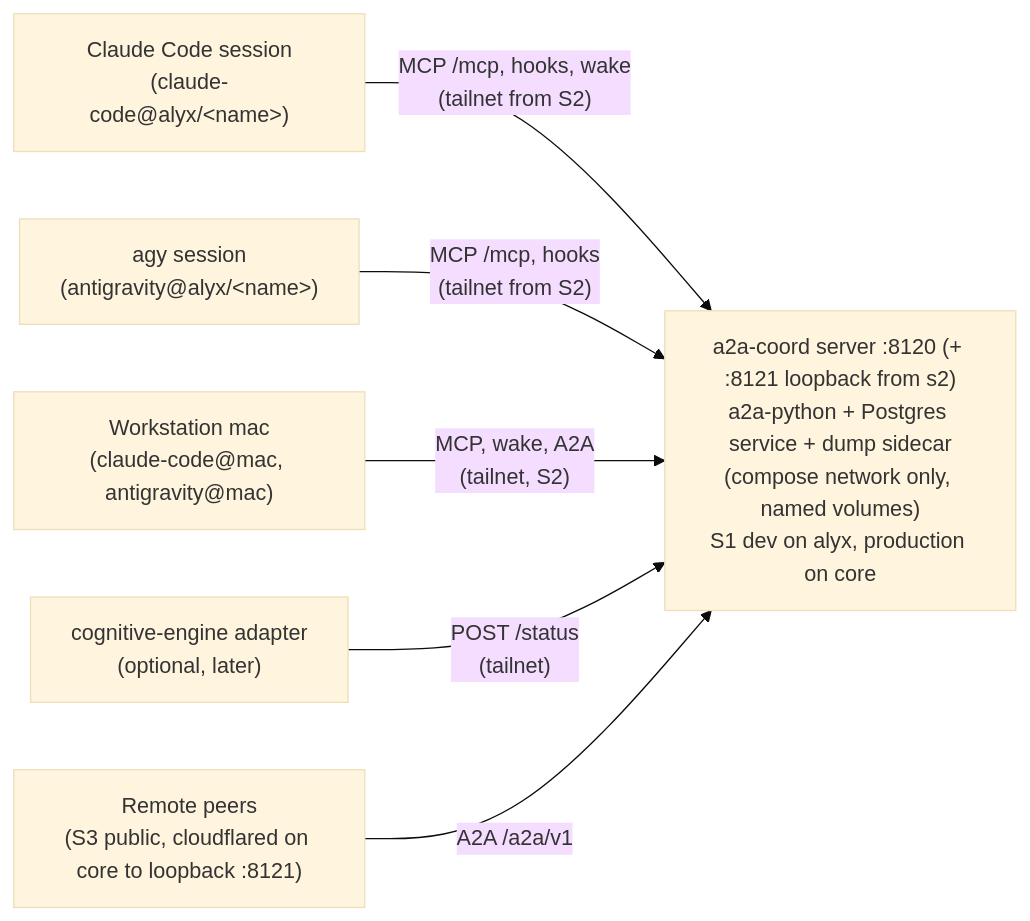
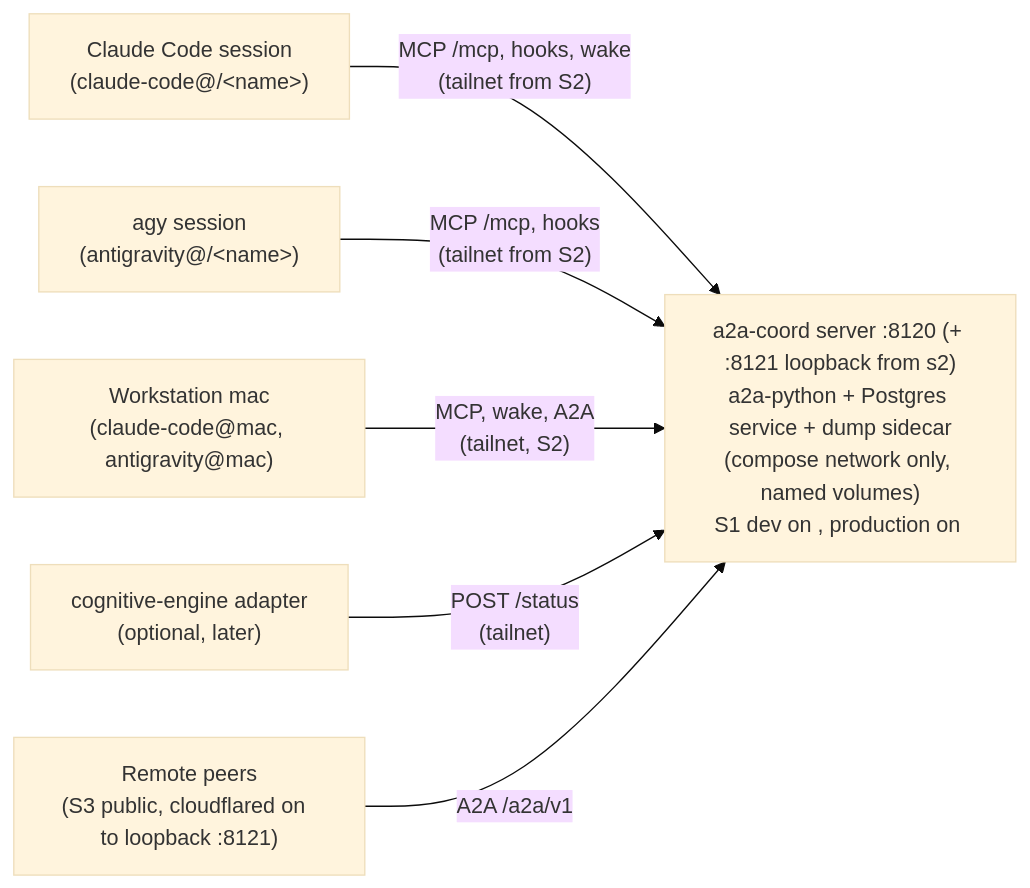
The first of 2 diagrams in plugins/coordination/docs/plans/consolidated-bridge-v2-plan.md (rockad/agentic-hub), drawn with Mermaid (base theme) before and after one commit. The commit also changed other lines of this file and 56 other files, not shown here.

````diff
--- a/plugins/coordination/docs/plans/consolidated-bridge-v2-plan.md
+++ b/plugins/coordination/docs/plans/consolidated-bridge-v2-plan.md
@@ -27,9 +27,9 @@
 ```mermaid
 flowchart LR
-    CC["Claude Code session<br/>(claude-code@alyx/&lt;name&gt;)"] -->|"MCP /mcp, hooks, wake<br/>(tailnet from S2)"| SRV
-    AGY["agy session<br/>(antigravity@alyx/&lt;name&gt;)"] -->|"MCP /mcp, hooks<br/>(tailnet from S2)"| SRV
+    CC["Claude Code session<br/>(claude-code@<workstation>/&lt;name&gt;)"] -->|"MCP /mcp, hooks, wake<br/>(tailnet from S2)"| SRV
+    AGY["agy session<br/>(antigravity@<workstation>/&lt;name&gt;)"] -->|"MCP /mcp, hooks<br/>(tailnet from S2)"| SRV
     MAC["Workstation mac<br/>(claude-code@mac, antigravity@mac)"] -->|"MCP, wake, A2A<br/>(tailnet, S2)"| SRV
-    SRV["a2a-coord server :8120 (+ :8121 loopback from s2)<br/>a2a-python + Postgres service + dump sidecar<br/>(compose network only, named volumes)<br/>S1 dev on alyx, production on core"]
+    SRV["a2a-coord server :8120 (+ :8121 loopback from s2)<br/>a2a-python + Postgres service + dump sidecar<br/>(compose network only, named volumes)<br/>S1 dev on <workstation>, production on <storage-host>"]
     CE["cognitive-engine adapter<br/>(optional, later)"] -->|"POST /status<br/>(tailnet)"| SRV
-    REM["Remote peers<br/>(S3 public, cloudflared on core to loopback :8121)"] -->|"A2A /a2a/v1"| SRV
+    REM["Remote peers<br/>(S3 public, cloudflared on <storage-host> to loopback :8121)"] -->|"A2A /a2a/v1"| SRV
 ```
````
